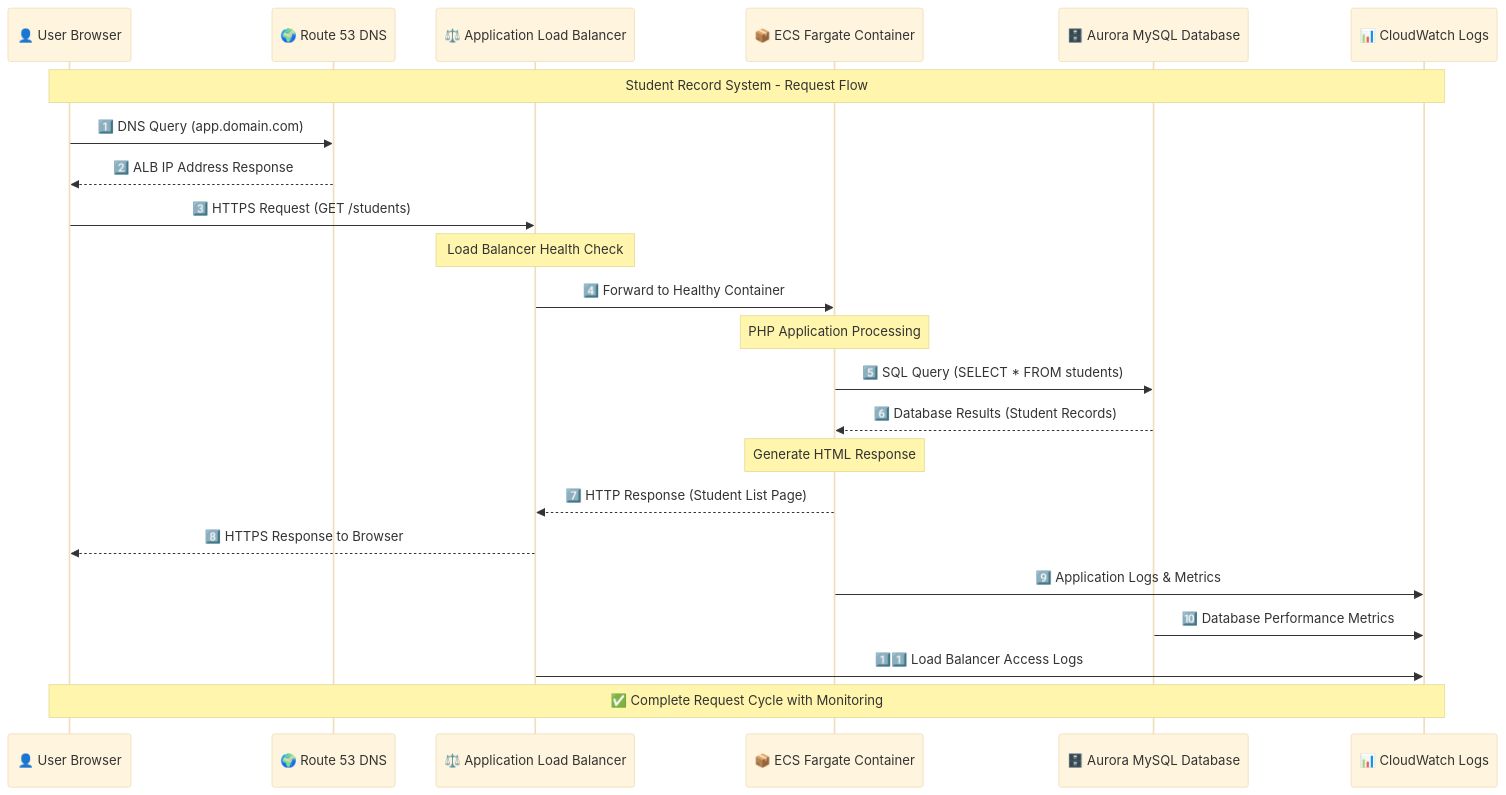
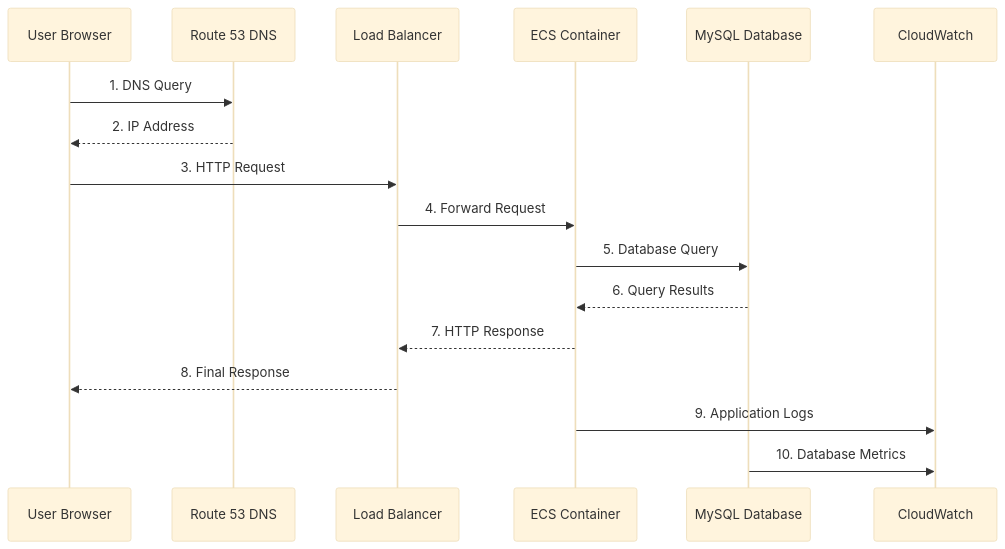
One commit to mangucletus/containerized-LAMP-application changed the first of 7 diagrams in README.md. Above: the diagram before and after it, drawn with Mermaid (base theme). The commit also changed other lines of this file and 9 other files, not shown here.

````diff
--- a/README.md
+++ b/README.md
@@ -249,32 +214,20 @@
 ```mermaid
 sequenceDiagram
-    participant User as 👤 User Browser
-    participant Route53 as 🌍 Route 53 DNS
-    participant ALB as ⚖️ Application Load Balancer
-    participant ECS as 📦 ECS Fargate Container
-    participant RDS as 🗄️ Aurora MySQL Database
-    participant CloudWatch as 📊 CloudWatch Logs
+    participant User as User Browser
+    participant DNS as Route 53 DNS
+    participant ALB as Load Balancer
+    participant ECS as ECS Container
+    participant RDS as MySQL Database
+    participant Logs as CloudWatch
     
-    Note over User,CloudWatch: Student Record System - Request Flow
-    
-    User->>Route53: 1️⃣ DNS Query (app.domain.com)
-    Route53-->>User: 2️⃣ ALB IP Address Response
-    
-    User->>ALB: 3️⃣ HTTPS Request (GET /students)
-    Note over ALB: Load Balancer Health Check
-    ALB->>ECS: 4️⃣ Forward to Healthy Container
-    
-    Note over ECS: PHP Application Processing
-    ECS->>RDS: 5️⃣ SQL Query (SELECT * FROM students)
-    RDS-->>ECS: 6️⃣ Database Results (Student Records)
-    
-    Note over ECS: Generate HTML Response
-    ECS-->>ALB: 7️⃣ HTTP Response (Student List Page)
-    ALB-->>User: 8️⃣ HTTPS Response to Browser
-    
-    ECS->>CloudWatch: 9️⃣ Application Logs & Metrics
-    RDS->>CloudWatch: 🔟 Database Performance Metrics
-    ALB->>CloudWatch: 1️⃣1️⃣ Load Balancer Access Logs
-    
-    Note over User,CloudWatch: ✅ Complete Request Cycle with Monitoring
+    User->>DNS: 1. DNS Query
+    DNS-->>User: 2. IP Address
+    User->>ALB: 3. HTTP Request
+    ALB->>ECS: 4. Forward Request
+    ECS->>RDS: 5. Database Query
+    RDS-->>ECS: 6. Query Results
+    ECS-->>ALB: 7. HTTP Response
+    ALB-->>User: 8. Final Response
+    ECS->>Logs: 9. Application Logs
+    RDS->>Logs: 10. Database Metrics
 ```
````
